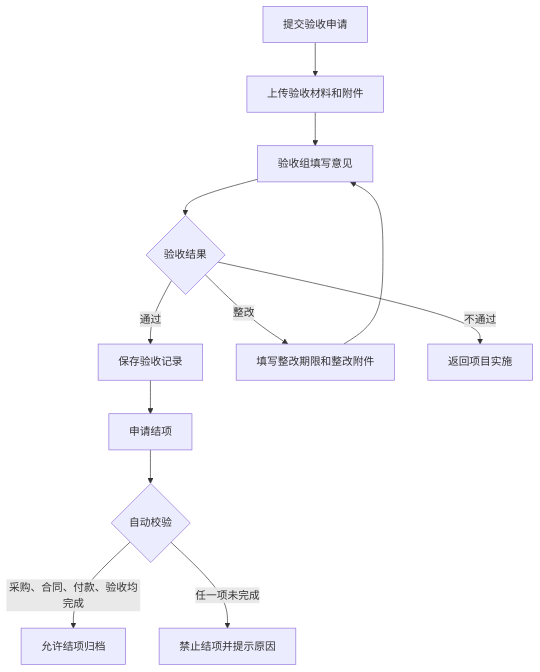
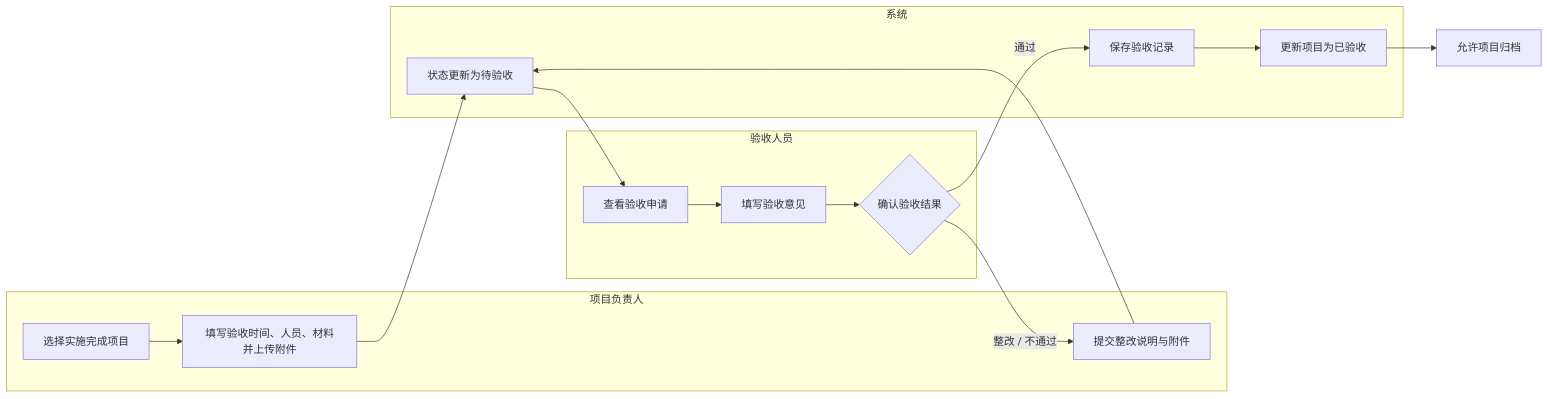
One commit to Jess-0411/github.io changed the seventh of 10 diagrams in 业务流程与架构图.md. Above: the diagram before and after it, drawn with Mermaid. The commit also changed other lines of this file and 7 other files, not shown here.

````diff
--- a/业务流程与架构图.md
+++ b/业务流程与架构图.md
@@ -69,14 +155,18 @@
 ```mermaid
-flowchart TD
-  A["提交验收申请"] --> B["上传验收材料和附件"]
-  B --> C["验收组填写意见"]
-  C --> D{"验收结果"}
-  D -->|通过| E["保存验收记录"]
-  D -->|整改| F["填写整改期限和整改附件"]
-  D -->|不通过| G["返回项目实施"]
-  F --> C
-  E --> H["申请结项"]
-  H --> I{"自动校验"}
-  I -->|采购、合同、付款、验收均完成| J["允许结项归档"]
-  I -->|任一项未完成| K["禁止结项并提示原因"]
+flowchart LR
+  subgraph A["项目负责人"]
+    A1["选择实施完成项目"] --> A2["填写验收时间、人员、材料并上传附件"]
+    A3["提交整改说明与附件"]
+  end
+  subgraph B["验收人员"]
+    B1["查看验收申请"] --> B2["填写验收意见"] --> B3{"确认验收结果"}
+  end
+  subgraph C["系统"]
+    C1["状态更新为待验收"]
+    C2["保存验收记录"]
+    C3["更新项目为已验收"]
+  end
+  A2 --> C1 --> B1
+  B3 -->|整改 / 不通过| A3 --> C1
+  B3 -->|通过| C2 --> C3 --> D["允许项目归档"]
 ```
````
